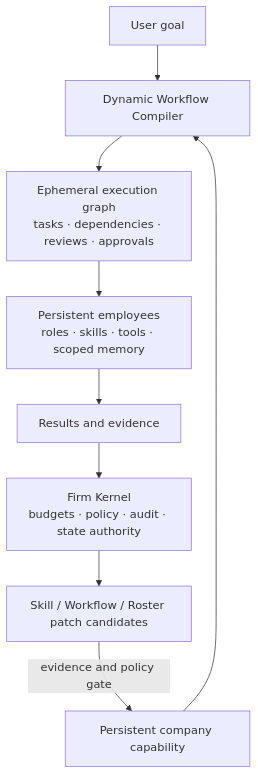
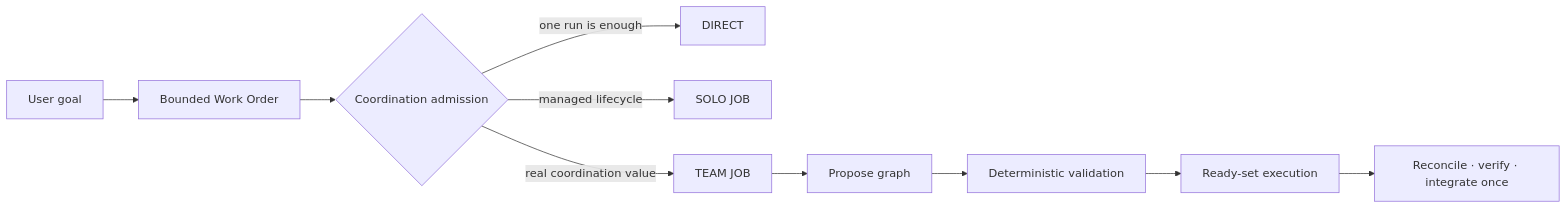
Before and after one commit to j6t22t4gy4-spec/noruct: the second of 2 diagrams in README.md, drawn with Mermaid. The commit also changed other lines of this file and 3 other files, not shown here.

Commit message:
docs: refresh Dynamic Firm Runtime concept

````diff
--- a/README.md
+++ b/README.md
@@ -48,11 +71,12 @@
 ```mermaid
-flowchart TB
-  U["User goal"] --> C["Dynamic Workflow Compiler"]
-  C --> G["Ephemeral execution graph\ntasks · dependencies · reviews · approvals"]
-  G --> E["Persistent employees\nroles · skills · tools · scoped memory"]
-  E --> R["Results and evidence"]
-  R --> K["Firm Kernel\nbudgets · policy · audit · state authority"]
-  K --> P["Skill / Workflow / Roster patch candidates"]
-  P -->|"evidence and policy gate"| S["Persistent company capability"]
-  S --> C
+flowchart LR
+  G["User goal"] --> W["Bounded Work Order"]
+  W --> A{"Coordination admission"}
+  A -->|"one run is enough"| DR["DIRECT"]
+  A -->|"managed lifecycle"| SJ["SOLO JOB"]
+  A -->|"real coordination value"| TJ["TEAM JOB"]
+  TJ --> P["Propose graph"]
+  P --> V["Deterministic validation"]
+  V --> R["Ready-set execution"]
+  R --> C["Reconcile · verify · integrate once"]
 ```
````
